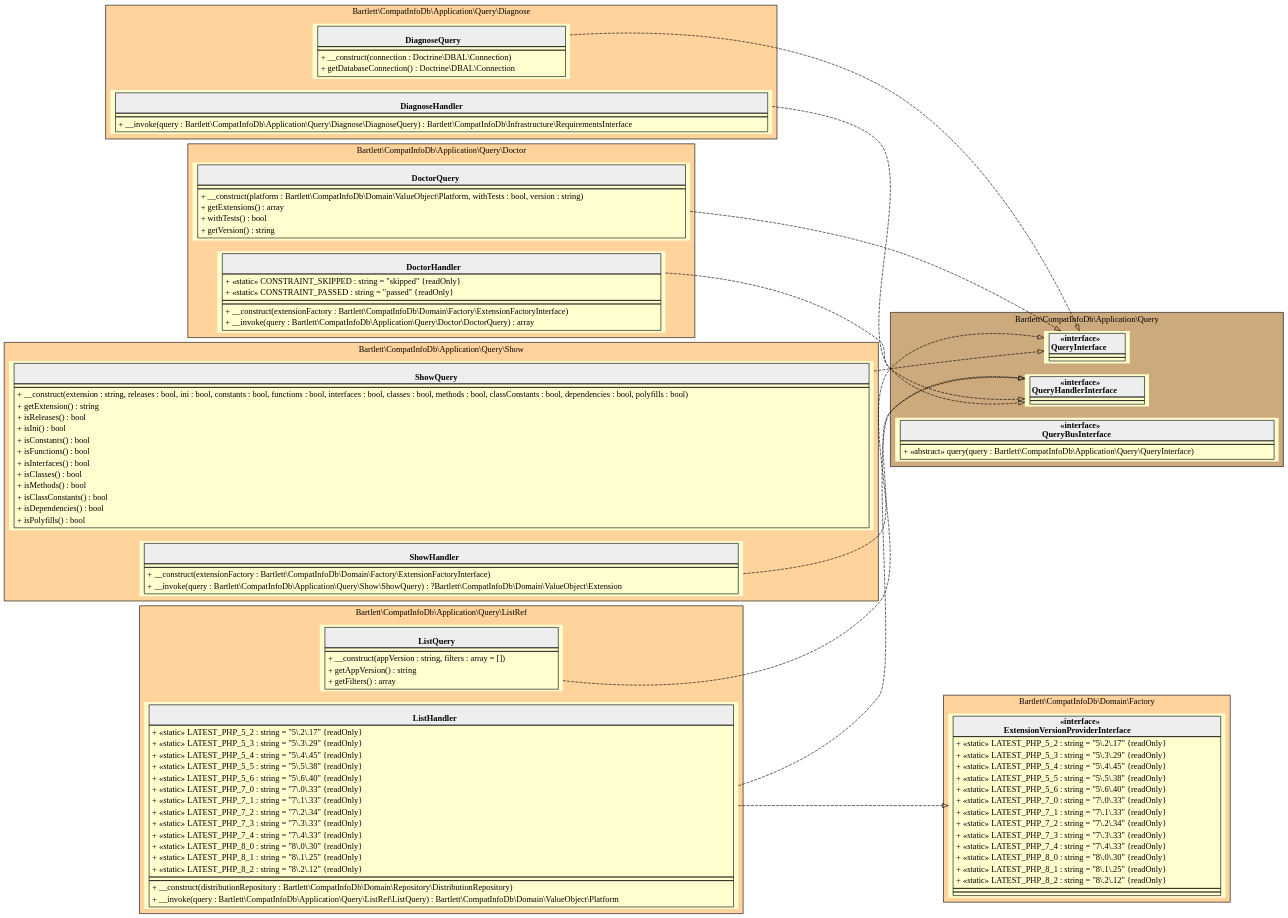
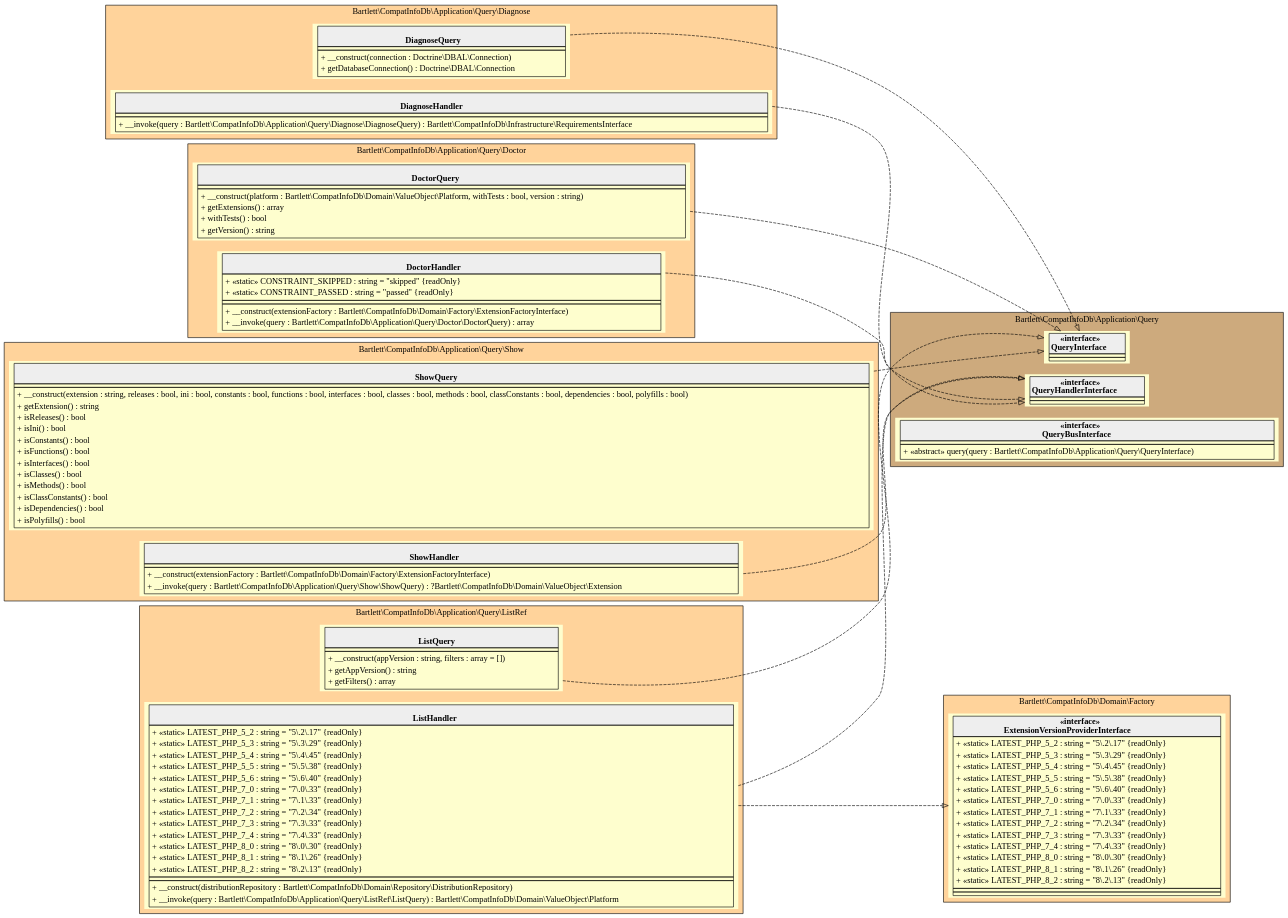
The diagram in 5.14/assets/images/application-query.html.gv (llaville/php-compatinfo-db), drawn with Graphviz before and after one commit. The commit also changed 26 other files, not shown here.

```diff
--- a/5.14/assets/images/application-query.html.gv
+++ b/5.14/assets/images/application-query.html.gv
@@ -1,181 +1,181 @@
 digraph {
   graph [rankdir="LR" bgcolor="transparent"]
   node [fillcolor="#FEFECE" style="filled"]
   subgraph cluster_0 {
     graph [bgcolor="burlywood1"]
     label = "Bartlett\\CompatInfoDb\\Application\\Query\\Diagnose"
     "Bartlett\\CompatInfoDb\\Application\\Query\\Diagnose\\DiagnoseQuery" [shape="none" label=<
 <table cellspacing="0" border="0" cellborder="1">
     <tr><td bgcolor="#eeeeee"><b><br/>DiagnoseQuery</b></td></tr>
     <tr><td></td></tr>
     <tr><td><table border="0" cellspacing="0" cellpadding="2">
     <tr><td align="left">+ __construct(connection : Doctrine\\DBAL\\Connection)</td></tr>
     <tr><td align="left">+ getDatabaseConnection() : Doctrine\\DBAL\\Connection</td></tr>
 </table></td></tr>
 </table>>]
     "Bartlett\\CompatInfoDb\\Application\\Query\\Diagnose\\DiagnoseHandler" [shape="none" label=<
 <table cellspacing="0" border="0" cellborder="1">
     <tr><td bgcolor="#eeeeee"><b><br/>DiagnoseHandler</b></td></tr>
     <tr><td></td></tr>
     <tr><td><table border="0" cellspacing="0" cellpadding="2">
     <tr><td align="left">+ __invoke(query : Bartlett\\CompatInfoDb\\Application\\Query\\Diagnose\\DiagnoseQuery) : Bartlett\\CompatInfoDb\\Infrastructure\\RequirementsInterface</td></tr>
 </table></td></tr>
 </table>>]
   }
   subgraph cluster_1 {
     graph [bgcolor="burlywood3"]
     label = "Bartlett\\CompatInfoDb\\Application\\Query"
     "Bartlett\\CompatInfoDb\\Application\\Query\\QueryInterface" [shape="none" label=<
 <table cellspacing="0" border="0" cellborder="1">
     <tr><td bgcolor="#eeeeee"><b>«interface»<br/>QueryInterface</b></td></tr>
     <tr><td></td></tr>
     <tr><td></td></tr>
 </table>>]
     "Bartlett\\CompatInfoDb\\Application\\Query\\QueryHandlerInterface" [shape="none" label=<
 <table cellspacing="0" border="0" cellborder="1">
     <tr><td bgcolor="#eeeeee"><b>«interface»<br/>QueryHandlerInterface</b></td></tr>
     <tr><td></td></tr>
     <tr><td></td></tr>
 </table>>]
     "Bartlett\\CompatInfoDb\\Application\\Query\\QueryBusInterface" [shape="none" label=<
 <table cellspacing="0" border="0" cellborder="1">
     <tr><td bgcolor="#eeeeee"><b>«interface»<br/>QueryBusInterface</b></td></tr>
     <tr><td></td></tr>
     <tr><td><table border="0" cellspacing="0" cellpadding="2">
     <tr><td align="left">+ «abstract» query(query : Bartlett\\CompatInfoDb\\Application\\Query\\QueryInterface)</td></tr>
 </table></td></tr>
 </table>>]
   }
   subgraph cluster_2 {
     graph [bgcolor="burlywood1"]
     label = "Bartlett\\CompatInfoDb\\Application\\Query\\Doctor"
     "Bartlett\\CompatInfoDb\\Application\\Query\\Doctor\\DoctorQuery" [shape="none" label=<
 <table cellspacing="0" border="0" cellborder="1">
     <tr><td bgcolor="#eeeeee"><b><br/>DoctorQuery</b></td></tr>
     <tr><td></td></tr>
     <tr><td><table border="0" cellspacing="0" cellpadding="2">
     <tr><td align="left">+ __construct(platform : Bartlett\\CompatInfoDb\\Domain\\ValueObject\\Platform, withTests : bool, version : string)</td></tr>
     <tr><td align="left">+ getExtensions() : array</td></tr>
     <tr><td align="left">+ withTests() : bool</td></tr>
     <tr><td align="left">+ getVersion() : string</td></tr>
 </table></td></tr>
 </table>>]
     "Bartlett\\CompatInfoDb\\Application\\Query\\Doctor\\DoctorHandler" [shape="none" label=<
 <table cellspacing="0" border="0" cellborder="1">
     <tr><td bgcolor="#eeeeee"><b><br/>DoctorHandler</b></td></tr>
     <tr><td><table border="0" cellspacing="0" cellpadding="2">
     <tr><td align="left">+ «static» CONSTRAINT_SKIPPED : string = "skipped" {readOnly}</td></tr>
     <tr><td align="left">+ «static» CONSTRAINT_PASSED : string = "passed" {readOnly}</td></tr>
 </table></td></tr>
     <tr><td></td></tr>
     <tr><td><table border="0" cellspacing="0" cellpadding="2">
     <tr><td align="left">+ __construct(extensionFactory : Bartlett\\CompatInfoDb\\Domain\\Factory\\ExtensionFactoryInterface)</td></tr>
     <tr><td align="left">+ __invoke(query : Bartlett\\CompatInfoDb\\Application\\Query\\Doctor\\DoctorQuery) : array</td></tr>
 </table></td></tr>
 </table>>]
   }
   subgraph cluster_3 {
     graph [bgcolor="burlywood1"]
     label = "Bartlett\\CompatInfoDb\\Application\\Query\\ListRef"
     "Bartlett\\CompatInfoDb\\Application\\Query\\ListRef\\ListQuery" [shape="none" label=<
 <table cellspacing="0" border="0" cellborder="1">
     <tr><td bgcolor="#eeeeee"><b><br/>ListQuery</b></td></tr>
     <tr><td></td></tr>
     <tr><td><table border="0" cellspacing="0" cellpadding="2">
     <tr><td align="left">+ __construct(appVersion : string, filters : array = [])</td></tr>
     <tr><td align="left">+ getAppVersion() : string</td></tr>
     <tr><td align="left">+ getFilters() : array</td></tr>
 </table></td></tr>
 </table>>]
     "Bartlett\\CompatInfoDb\\Application\\Query\\ListRef\\ListHandler" [shape="none" label=<
 <table cellspacing="0" border="0" cellborder="1">
     <tr><td bgcolor="#eeeeee"><b><br/>ListHandler</b></td></tr>
     <tr><td><table border="0" cellspacing="0" cellpadding="2">
     <tr><td align="left">+ «static» LATEST_PHP_5_2 : string = "5\.2\.17" {readOnly}</td></tr>
     <tr><td align="left">+ «static» LATEST_PHP_5_3 : string = "5\.3\.29" {readOnly}</td></tr>
     <tr><td align="left">+ «static» LATEST_PHP_5_4 : string = "5\.4\.45" {readOnly}</td></tr>
     <tr><td align="left">+ «static» LATEST_PHP_5_5 : string = "5\.5\.38" {readOnly}</td></tr>
     <tr><td align="left">+ «static» LATEST_PHP_5_6 : string = "5\.6\.40" {readOnly}</td></tr>
     <tr><td align="left">+ «static» LATEST_PHP_7_0 : string = "7\.0\.33" {readOnly}</td></tr>
     <tr><td align="left">+ «static» LATEST_PHP_7_1 : string = "7\.1\.33" {readOnly}</td></tr>
     <tr><td align="left">+ «static» LATEST_PHP_7_2 : string = "7\.2\.34" {readOnly}</td></tr>
     <tr><td align="left">+ «static» LATEST_PHP_7_3 : string = "7\.3\.33" {readOnly}</td></tr>
     <tr><td align="left">+ «static» LATEST_PHP_7_4 : string = "7\.4\.33" {readOnly}</td></tr>
     <tr><td align="left">+ «static» LATEST_PHP_8_0 : string = "8\.0\.30" {readOnly}</td></tr>
-    <tr><td align="left">+ «static» LATEST_PHP_8_1 : string = "8\.1\.25" {readOnly}</td></tr>
-    <tr><td align="left">+ «static» LATEST_PHP_8_2 : string = "8\.2\.12" {readOnly}</td></tr>
+    <tr><td align="left">+ «static» LATEST_PHP_8_1 : string = "8\.1\.26" {readOnly}</td></tr>
+    <tr><td align="left">+ «static» LATEST_PHP_8_2 : string = "8\.2\.13" {readOnly}</td></tr>
 </table></td></tr>
     <tr><td></td></tr>
     <tr><td><table border="0" cellspacing="0" cellpadding="2">
     <tr><td align="left">+ __construct(distributionRepository : Bartlett\\CompatInfoDb\\Domain\\Repository\\DistributionRepository)</td></tr>
     <tr><td align="left">+ __invoke(query : Bartlett\\CompatInfoDb\\Application\\Query\\ListRef\\ListQuery) : Bartlett\\CompatInfoDb\\Domain\\ValueObject\\Platform</td></tr>
 </table></td></tr>
 </table>>]
   }
   subgraph cluster_4 {
     graph [bgcolor="burlywood1"]
     label = "Bartlett\\CompatInfoDb\\Domain\\Factory"
     "Bartlett\\CompatInfoDb\\Domain\\Factory\\ExtensionVersionProviderInterface" [shape="none" label=<
 <table cellspacing="0" border="0" cellborder="1">
     <tr><td bgcolor="#eeeeee"><b>«interface»<br/>ExtensionVersionProviderInterface</b></td></tr>
     <tr><td><table border="0" cellspacing="0" cellpadding="2">
     <tr><td align="left">+ «static» LATEST_PHP_5_2 : string = "5\.2\.17" {readOnly}</td></tr>
     <tr><td align="left">+ «static» LATEST_PHP_5_3 : string = "5\.3\.29" {readOnly}</td></tr>
     <tr><td align="left">+ «static» LATEST_PHP_5_4 : string = "5\.4\.45" {readOnly}</td></tr>
     <tr><td align="left">+ «static» LATEST_PHP_5_5 : string = "5\.5\.38" {readOnly}</td></tr>
     <tr><td align="left">+ «static» LATEST_PHP_5_6 : string = "5\.6\.40" {readOnly}</td></tr>
     <tr><td align="left">+ «static» LATEST_PHP_7_0 : string = "7\.0\.33" {readOnly}</td></tr>
     <tr><td align="left">+ «static» LATEST_PHP_7_1 : string = "7\.1\.33" {readOnly}</td></tr>
     <tr><td align="left">+ «static» LATEST_PHP_7_2 : string = "7\.2\.34" {readOnly}</td></tr>
     <tr><td align="left">+ «static» LATEST_PHP_7_3 : string = "7\.3\.33" {readOnly}</td></tr>
     <tr><td align="left">+ «static» LATEST_PHP_7_4 : string = "7\.4\.33" {readOnly}</td></tr>
     <tr><td align="left">+ «static» LATEST_PHP_8_0 : string = "8\.0\.30" {readOnly}</td></tr>
-    <tr><td align="left">+ «static» LATEST_PHP_8_1 : string = "8\.1\.25" {readOnly}</td></tr>
-    <tr><td align="left">+ «static» LATEST_PHP_8_2 : string = "8\.2\.12" {readOnly}</td></tr>
+    <tr><td align="left">+ «static» LATEST_PHP_8_1 : string = "8\.1\.26" {readOnly}</td></tr>
+    <tr><td align="left">+ «static» LATEST_PHP_8_2 : string = "8\.2\.13" {readOnly}</td></tr>
 </table></td></tr>
     <tr><td></td></tr>
     <tr><td></td></tr>
 </table>>]
   }
   subgraph cluster_5 {
     graph [bgcolor="burlywood1"]
     label = "Bartlett\\CompatInfoDb\\Application\\Query\\Show"
     "Bartlett\\CompatInfoDb\\Application\\Query\\Show\\ShowQuery" [shape="none" label=<
 <table cellspacing="0" border="0" cellborder="1">
     <tr><td bgcolor="#eeeeee"><b><br/>ShowQuery</b></td></tr>
     <tr><td></td></tr>
     <tr><td><table border="0" cellspacing="0" cellpadding="2">
     <tr><td align="left">+ __construct(extension : string, releases : bool, ini : bool, constants : bool, functions : bool, interfaces : bool, classes : bool, methods : bool, classConstants : bool, dependencies : bool, polyfills : bool)</td></tr>
     <tr><td align="left">+ getExtension() : string</td></tr>
     <tr><td align="left">+ isReleases() : bool</td></tr>
     <tr><td align="left">+ isIni() : bool</td></tr>
     <tr><td align="left">+ isConstants() : bool</td></tr>
     <tr><td align="left">+ isFunctions() : bool</td></tr>
     <tr><td align="left">+ isInterfaces() : bool</td></tr>
     <tr><td align="left">+ isClasses() : bool</td></tr>
     <tr><td align="left">+ isMethods() : bool</td></tr>
     <tr><td align="left">+ isClassConstants() : bool</td></tr>
     <tr><td align="left">+ isDependencies() : bool</td></tr>
     <tr><td align="left">+ isPolyfills() : bool</td></tr>
 </table></td></tr>
 </table>>]
     "Bartlett\\CompatInfoDb\\Application\\Query\\Show\\ShowHandler" [shape="none" label=<
 <table cellspacing="0" border="0" cellborder="1">
     <tr><td bgcolor="#eeeeee"><b><br/>ShowHandler</b></td></tr>
     <tr><td></td></tr>
     <tr><td><table border="0" cellspacing="0" cellpadding="2">
     <tr><td align="left">+ __construct(extensionFactory : Bartlett\\CompatInfoDb\\Domain\\Factory\\ExtensionFactoryInterface)</td></tr>
     <tr><td align="left">+ __invoke(query : Bartlett\\CompatInfoDb\\Application\\Query\\Show\\ShowQuery) : ?Bartlett\\CompatInfoDb\\Domain\\ValueObject\\Extension</td></tr>
 </table></td></tr>
 </table>>]
   }
   "Bartlett\\CompatInfoDb\\Application\\Query\\Diagnose\\DiagnoseQuery" -> "Bartlett\\CompatInfoDb\\Application\\Query\\QueryInterface" [arrowhead="empty" style="dashed"]
   "Bartlett\\CompatInfoDb\\Application\\Query\\Diagnose\\DiagnoseHandler" -> "Bartlett\\CompatInfoDb\\Application\\Query\\QueryHandlerInterface" [arrowhead="empty" style="dashed"]
   "Bartlett\\CompatInfoDb\\Application\\Query\\Doctor\\DoctorQuery" -> "Bartlett\\CompatInfoDb\\Application\\Query\\QueryInterface" [arrowhead="empty" style="dashed"]
   "Bartlett\\CompatInfoDb\\Application\\Query\\Doctor\\DoctorHandler" -> "Bartlett\\CompatInfoDb\\Application\\Query\\QueryHandlerInterface" [arrowhead="empty" style="dashed"]
   "Bartlett\\CompatInfoDb\\Application\\Query\\ListRef\\ListQuery" -> "Bartlett\\CompatInfoDb\\Application\\Query\\QueryInterface" [arrowhead="empty" style="dashed"]
   "Bartlett\\CompatInfoDb\\Application\\Query\\ListRef\\ListHandler" -> "Bartlett\\CompatInfoDb\\Application\\Query\\QueryHandlerInterface" [arrowhead="empty" style="dashed"]
   "Bartlett\\CompatInfoDb\\Application\\Query\\ListRef\\ListHandler" -> "Bartlett\\CompatInfoDb\\Domain\\Factory\\ExtensionVersionProviderInterface" [arrowhead="empty" style="dashed"]
   "Bartlett\\CompatInfoDb\\Application\\Query\\Show\\ShowQuery" -> "Bartlett\\CompatInfoDb\\Application\\Query\\QueryInterface" [arrowhead="empty" style="dashed"]
   "Bartlett\\CompatInfoDb\\Application\\Query\\Show\\ShowHandler" -> "Bartlett\\CompatInfoDb\\Application\\Query\\QueryHandlerInterface" [arrowhead="empty" style="dashed"]
 }
```
